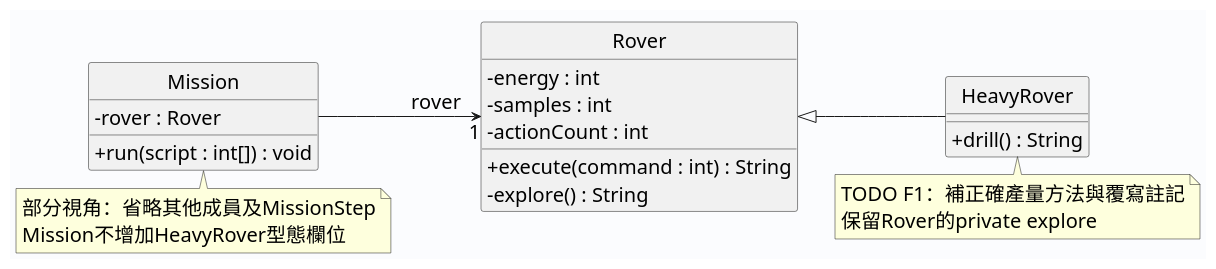
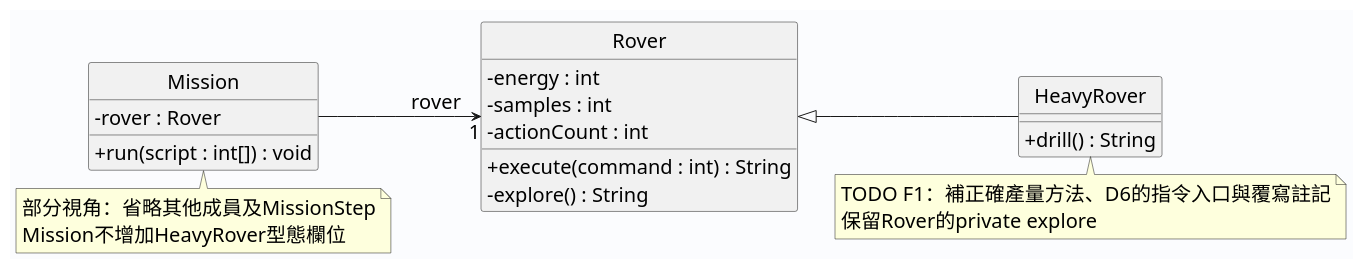
Before and after one commit to shuochenghu/115_1_Java_Tutorial: the diagram in week08/codex版本/diagrams/dispatch_practice.puml, drawn with PlantUML. The commit also changed 44 other files, not shown here.

```diff
--- a/week08/codex版本/diagrams/dispatch_practice.puml
+++ b/week08/codex版本/diagrams/dispatch_practice.puml
@@ -1,36 +1,37 @@
 @startuml
 !pragma layout smetana
 skinparam classAttributeIconSize 0
 skinparam defaultFontName Microsoft JhengHei
 skinparam defaultFontSize 20
 skinparam backgroundColor #FBFCFE
 hide circle
 left to right direction
 
 class Rover {
   - energy : int
   - samples : int
   - actionCount : int
   + execute(command : int) : String
   - explore() : String
   ' TODO F1：補探索產量方法
 }
 class HeavyRover {
   + drill() : String
   ' TODO F1：補探索產量方法
+  ' TODO F1：補D6覆寫的指令入口
 }
 class Mission {
   - rover : Rover
   + run(script : int[]) : void
 }
 Rover <|-- HeavyRover
 Mission --> "1" Rover : rover
 note bottom of HeavyRover
-TODO F1：補正確產量方法與覆寫註記
+TODO F1：補正確產量方法、D6的指令入口與覆寫註記
 保留Rover的private explore
 end note
 note bottom of Mission
 部分視角：省略其他成員及MissionStep
 Mission不增加HeavyRover型態欄位
 end note
 @enduml
```
